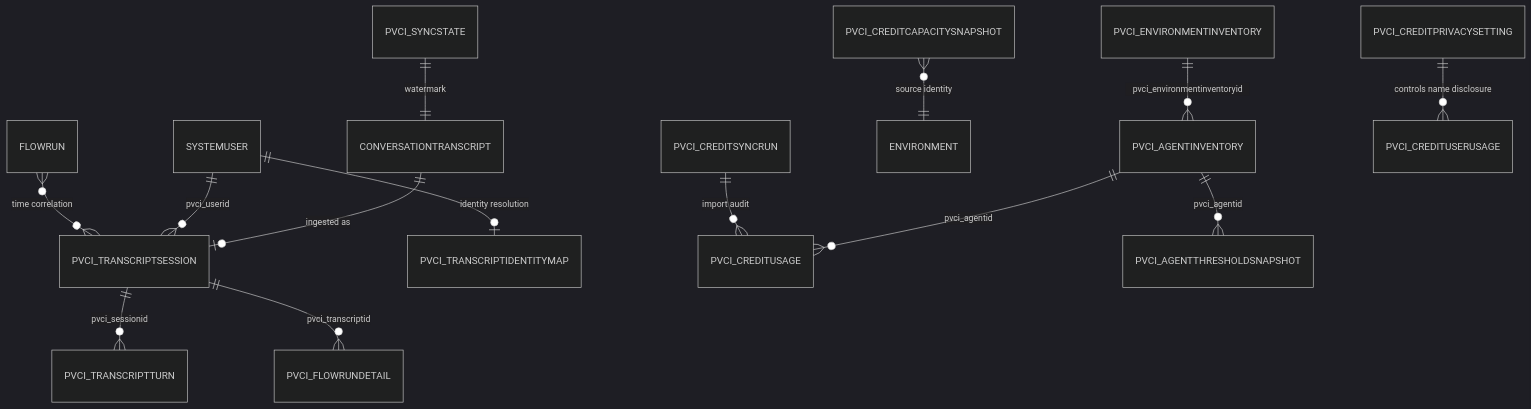
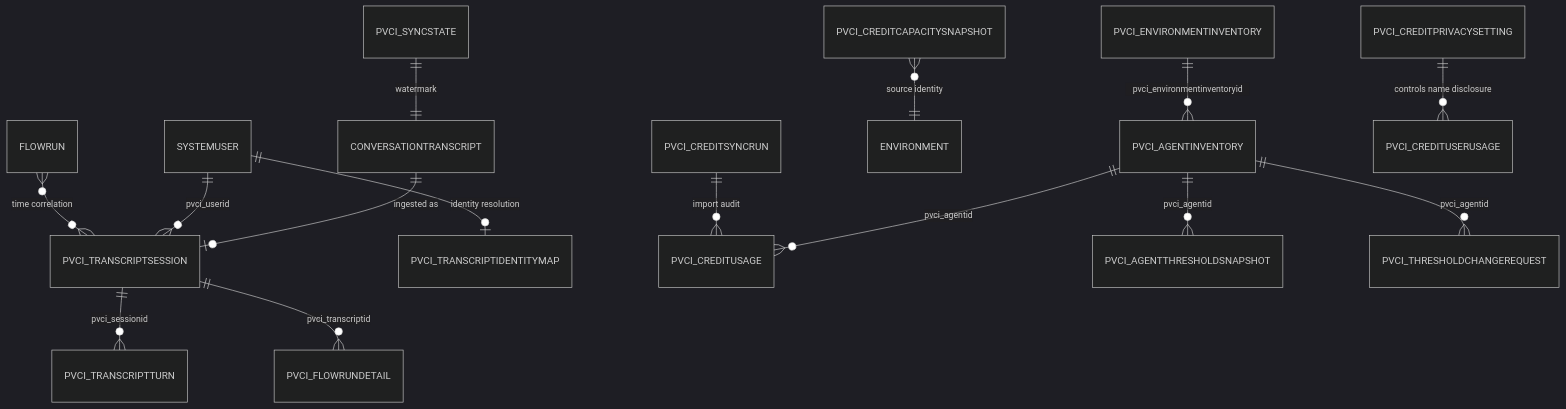
Before and after one commit to pavecer/mcs-transcript-analyzer: the diagram in docs/data-model.md, drawn with Mermaid (dark theme). The commit also changed other lines of this file and 49 other files, not shown here.

````diff
--- a/docs/data-model.md
+++ b/docs/data-model.md
@@ -11,16 +11,17 @@
 ```mermaid
 erDiagram
     CONVERSATIONTRANSCRIPT ||--o| PVCI_TRANSCRIPTSESSION : "ingested as"
     SYSTEMUSER ||--o{ PVCI_TRANSCRIPTSESSION : "pvci_userid"
     PVCI_TRANSCRIPTSESSION ||--o{ PVCI_TRANSCRIPTTURN : "pvci_sessionid"
     SYSTEMUSER ||--o| PVCI_TRANSCRIPTIDENTITYMAP : "identity resolution"
     FLOWRUN }o--o{ PVCI_TRANSCRIPTSESSION : "time correlation"
     PVCI_TRANSCRIPTSESSION ||--o{ PVCI_FLOWRUNDETAIL : "pvci_transcriptid"
     PVCI_SYNCSTATE ||--|| CONVERSATIONTRANSCRIPT : "watermark"
     PVCI_ENVIRONMENTINVENTORY ||--o{ PVCI_AGENTINVENTORY : "pvci_environmentinventoryid"
     PVCI_AGENTINVENTORY ||--o{ PVCI_CREDITUSAGE : "pvci_agentid"
     PVCI_AGENTINVENTORY ||--o{ PVCI_AGENTTHRESHOLDSNAPSHOT : "pvci_agentid"
+    PVCI_AGENTINVENTORY ||--o{ PVCI_THRESHOLDCHANGEREQUEST : "pvci_agentid"
     PVCI_CREDITCAPACITYSNAPSHOT }o--|| ENVIRONMENT : "source identity"
     PVCI_CREDITSYNCRUN ||--o{ PVCI_CREDITUSAGE : "import audit"
     PVCI_CREDITPRIVACYSETTING ||--o{ PVCI_CREDITUSERUSAGE : "controls name disclosure"
 ```
````
